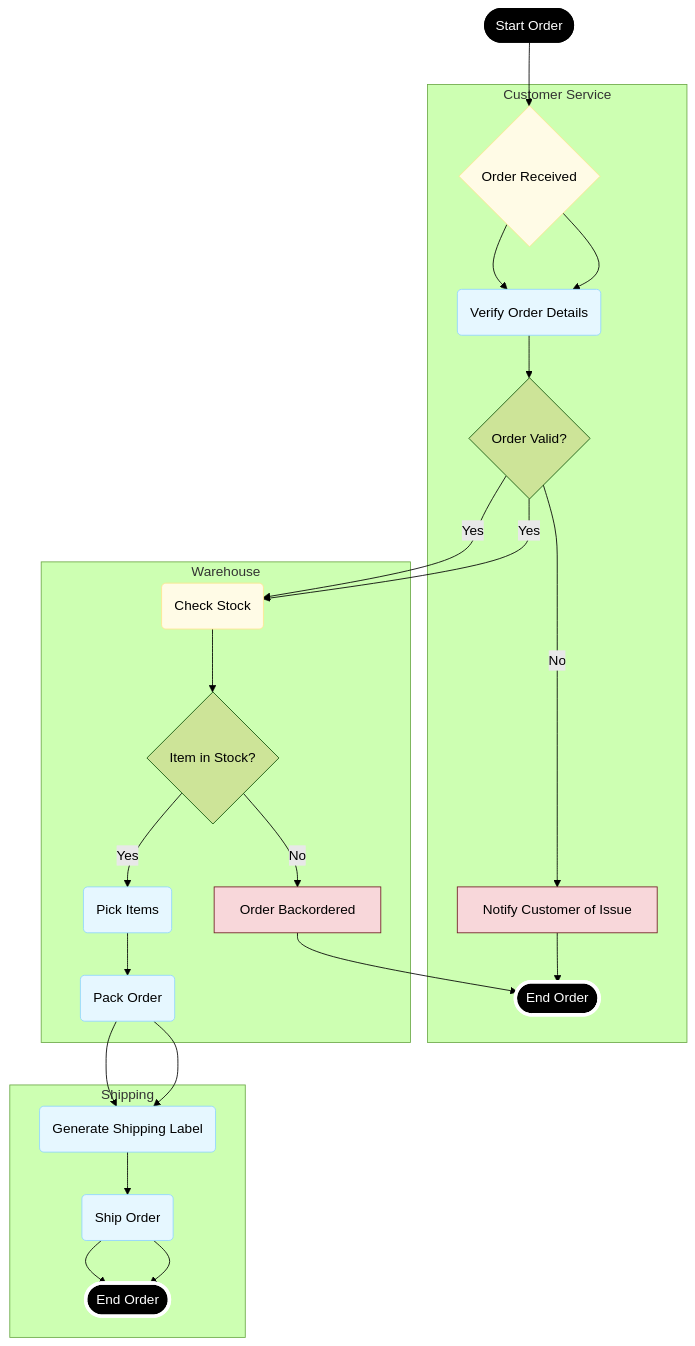
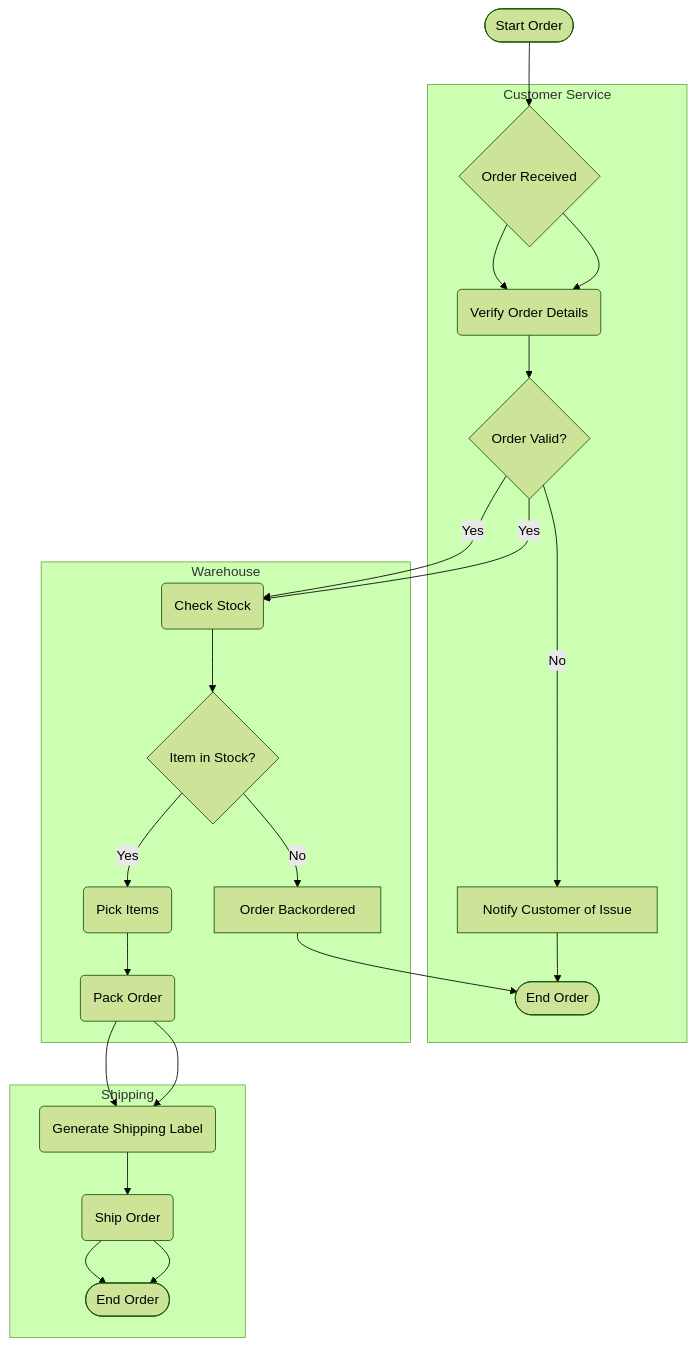
Before and after one commit to sujith-eag/sujith-library: the second of 4 diagrams in docs/software-modeling/behavioral-modeling.md, drawn with Mermaid (forest theme). The commit also changed other lines of this file and 41 other files, not shown here.

First line of the commit message:
Refactor diagrams and remove redundant styles in documentation

````diff
--- a/docs/software-modeling/behavioral-modeling.md
+++ b/docs/software-modeling/behavioral-modeling.md
@@ -53,44 +48,31 @@
 ```mermaid
 graph TD
     start([Start Order]) --> A{Order Received};
 
     subgraph "Customer Service"
         A --> B(Verify Order Details)
         B --> C{Order Valid?}
         C -- "No" --> D[Notify Customer of Issue]
         D --> E([End Order])
     end
 
     subgraph "Warehouse"
         C -- "Yes" --> F(Check Stock)
         F --> G{Item in Stock?}
         G -- "No" --> H[Order Backordered]
         H --> E
         G -- "Yes" --> I(Pick Items)
         I --> J(Pack Order)
     end
 
     subgraph "Shipping"
         J --> K(Generate Shipping Label)
         K --> L(Ship Order)
         L --> M([End Order])
     end
 
     A --> B
     C -- "Yes" --> F
     J --> K
     L --> M
-
-    style start fill:#000,stroke:#000,stroke-width:2px,color:#fff
-    style E fill:#000,stroke:#fff,stroke-width:4px,color:#fff
-    style M fill:#000,stroke:#fff,stroke-width:4px,color:#fff
-    style A fill:#fffbe6,stroke:#ffe58f
-    style B fill:#e6f7ff,stroke:#91d5ff
-    style D fill:#f8d7da,stroke:#721c24
-    style F fill:#fffbe6,stroke:#ffe58f
-    style H fill:#f8d7da,stroke:#721c24
-    style I fill:#e6f7ff,stroke:#91d5ff
-    style J fill:#e6f7ff,stroke:#91d5ff
-    style K fill:#e6f7ff,stroke:#91d5ff
-    style L fill:#e6f7ff,stroke:#91d5ff
 ```
````
